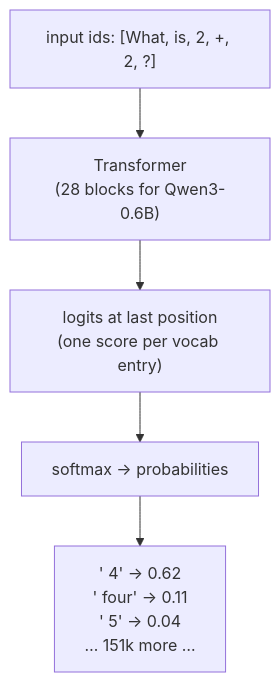
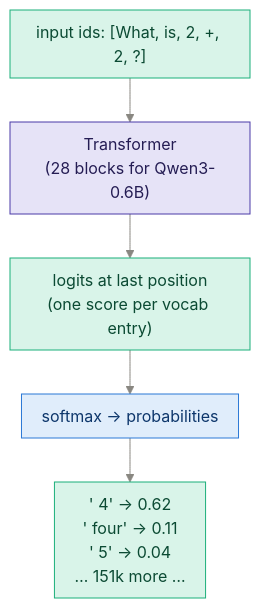
Before and after one commit to sudhanshu-shivam-dev/reasoning_model_from_scratch: the second of 3 diagrams in study_guide/ch02_generating_text.md, drawn with Mermaid. The commit also changed other lines of this file and 14 other files, not shown here.

First line of the commit message:
Restyle all 54 diagrams: consistent palette, semantic colors, better spacing

````diff
--- a/study_guide/ch02_generating_text.md
+++ b/study_guide/ch02_generating_text.md
@@ -94,7 +99,12 @@
 ```mermaid
+%%{init: {"theme":"base","themeVariables":{"primaryColor":"#e0edfb","primaryTextColor":"#0d366b","primaryBorderColor":"#2a78d6","lineColor":"#898781","textColor":"#52514e","edgeLabelBackground":"#f0efec","clusterBkg":"rgba(137,135,129,0.07)","clusterBorder":"#a9a7a0","titleColor":"#898781"},"flowchart":{"nodeSpacing":36,"rankSpacing":44,"curve":"basis","padding":10}}}%%
 flowchart TB
     I["input ids: [What, is, 2, +, 2, ?]"] --> M["Transformer<br/>(28 blocks for Qwen3-0.6B)"]
     M --> LG["logits at last position<br/>(one score per vocab entry)"]
     LG --> SM["softmax → probabilities"]
     SM --> P["' 4' → 0.62<br/>' four' → 0.11<br/>' 5' → 0.04<br/>… 151k more …"]
+    classDef model fill:#e6e3f7,stroke:#4a3aa7,color:#251d54
+    classDef data fill:#d9f4e9,stroke:#1baf7a,color:#0b4a33
+    class M model
+    class I,LG,P data
 ```
````
